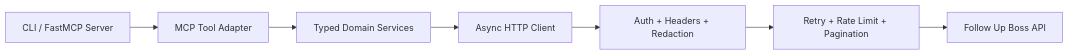
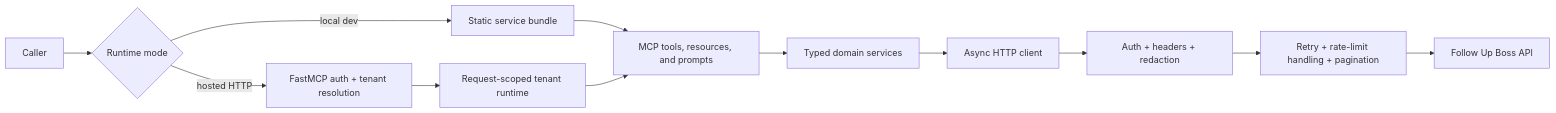
One commit to theperrygroup/Follow-Up-Boss-MCP changed the diagram in docs/architecture.md. Above: the diagram before and after it, drawn with Mermaid. The commit also changed other lines of this file and 22 other files, not shown here.

````diff
--- a/docs/architecture.md
+++ b/docs/architecture.md
@@ -53,9 +117,14 @@
 ```mermaid
 flowchart LR
-    A["CLI / FastMCP Server"] --> B["MCP Tool Adapter"]
-    B --> C["Typed Domain Services"]
-    C --> D["Async HTTP Client"]
-    D --> E["Auth + Headers + Redaction"]
-    E --> F["Retry + Rate Limit + Pagination"]
-    F --> G["Follow Up Boss API"]
+    A["Caller"] --> B{"Runtime mode"}
+    B -->|"local dev"| C["Static service bundle"]
+    B -->|"hosted HTTP"| D["FastMCP auth + tenant resolution"]
+    D --> E["Request-scoped tenant runtime"]
+    C --> F["MCP tools, resources, and prompts"]
+    E --> F
+    F --> G["Typed domain services"]
+    G --> H["Async HTTP client"]
+    H --> I["Auth + headers + redaction"]
+    I --> J["Retry + rate-limit handling + pagination"]
+    J --> K["Follow Up Boss API"]
 ```
````
